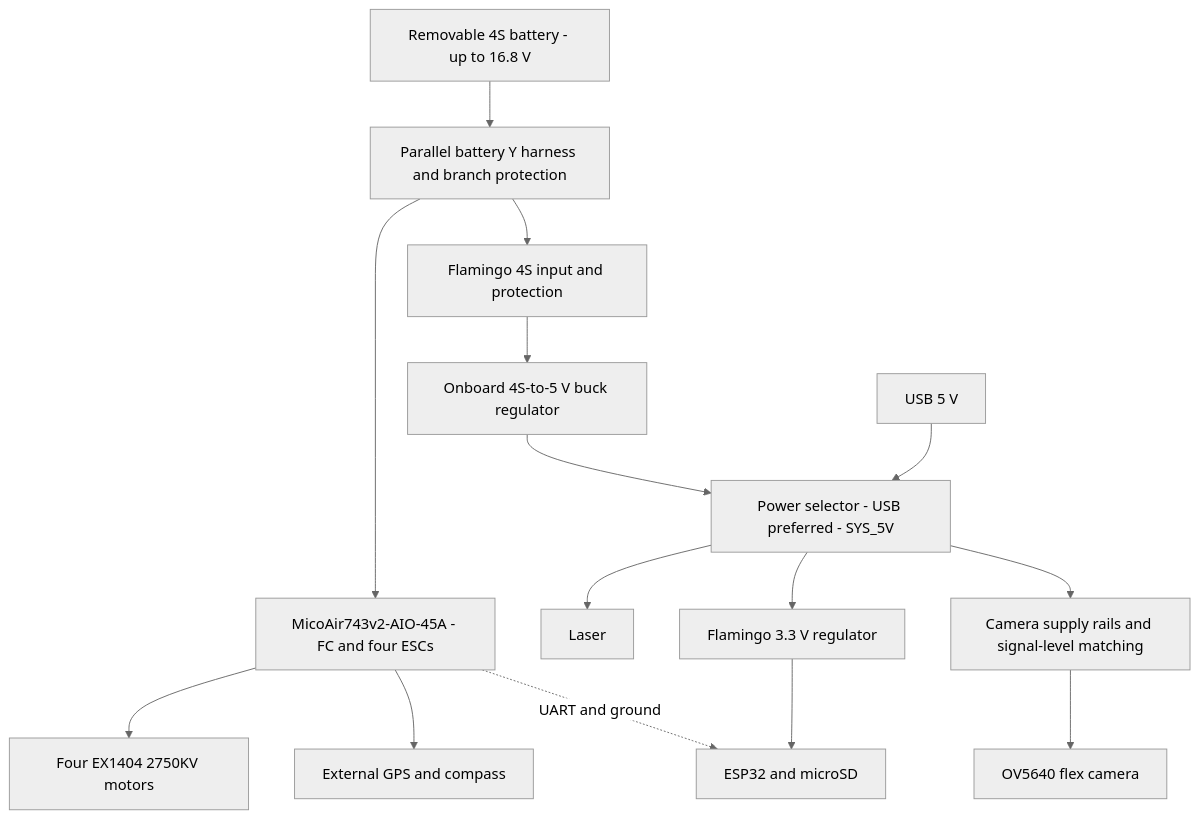
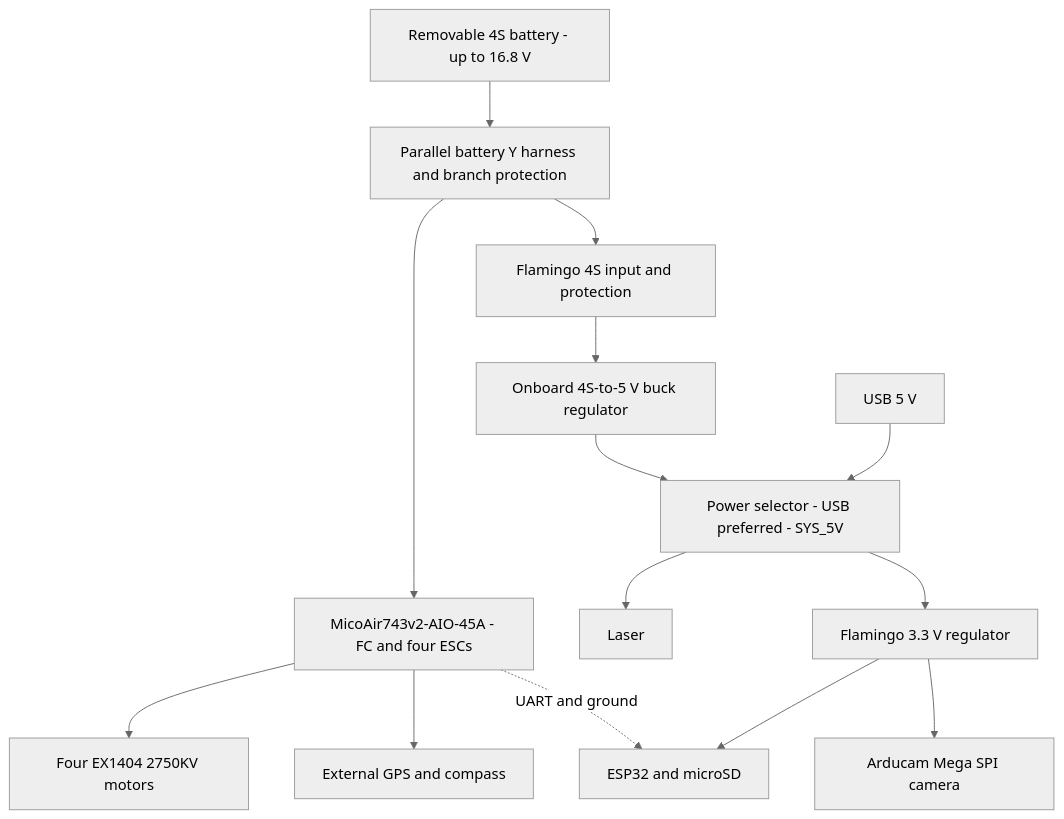
One commit to carnegie-mellon-rocket-command/payload-hw27-usli changed the diagram in Flamingo/COMPONENTS.md. Above: the diagram before and after it, drawn with Mermaid (neutral theme). The commit also changed other lines of this file and 8 other files, not shown here.

````diff
--- a/Flamingo/COMPONENTS.md
+++ b/Flamingo/COMPONENTS.md
@@ -24,17 +24,16 @@
 ```mermaid
 flowchart TD
     B[Removable 4S battery - up to 16.8 V] --> P[Parallel battery Y harness and branch protection]
     P --> FC[MicoAir743v2-AIO-45A - FC and four ESCs]
     FC --> M[Four EX1404 2750KV motors]
     FC --> GPS[External GPS and compass]
     FC -. UART and ground .-> E
     P --> FIN[Flamingo 4S input and protection]
     FIN --> V5[Onboard 4S-to-5 V buck regulator]
     S --> L[Laser]
     V5 --> S[Power selector - USB preferred - SYS_5V]
     U[USB 5 V] --> S
     S --> V3[Flamingo 3.3 V regulator]
     V3 --> E[ESP32 and microSD]
-    S --> CP[Camera supply rails and signal-level matching]
-    CP --> C[OV5640 flex camera]
+    V3 --> C[Arducam Mega SPI camera]
 ```
````
